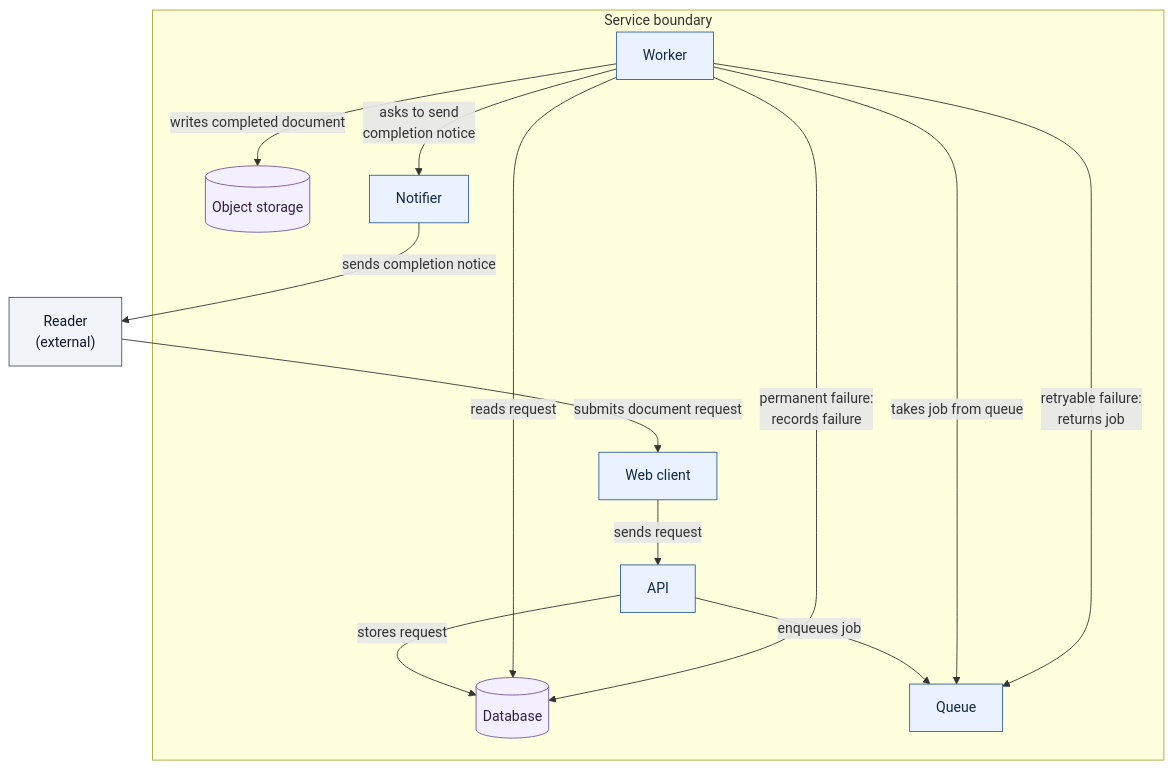
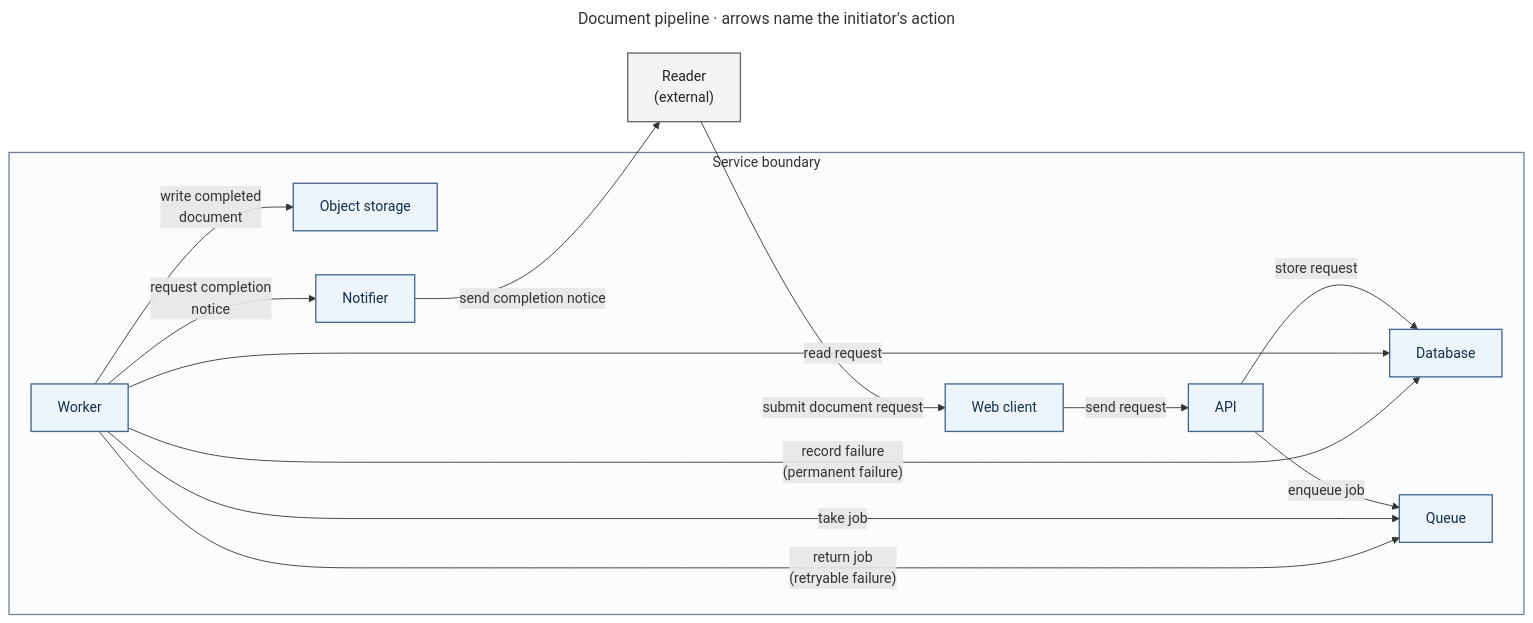
The diagram in benchmarks/examples/run02/diagram.mmd (YutaroHara1129/mermaid-design), drawn with Mermaid before and after one commit. The commit also changed 83 other files, not shown here.

```diff
--- a/benchmarks/examples/run02/diagram.mmd
+++ b/benchmarks/examples/run02/diagram.mmd
@@ -1,31 +1,33 @@
-flowchart TB
+---
+title: "Document pipeline · arrows name the initiator's action"
+---
+flowchart LR
+  %% Layout direction is presentation only; position does not encode sequence.
   reader["Reader<br/>(external)"]
-
   subgraph service["Service boundary"]
     web["Web client"]
     api["API"]
-    db[("Database")]
+    database["Database"]
     queue["Queue"]
     worker["Worker"]
-    storage[("Object storage")]
+    storage["Object storage"]
     notifier["Notifier"]
   end
 
-  reader -->|"submits document request"| web
-  web -->|"sends request"| api
-  api -->|"stores request"| db
-  api -->|"enqueues job"| queue
-  worker -->|"takes job from queue"| queue
-  worker -->|"reads request"| db
-  worker -->|"writes completed document"| storage
-  worker -->|"asks to send<br/>completion notice"| notifier
-  notifier -->|"sends completion notice"| reader
-  worker -->|"retryable failure:<br/>returns job"| queue
-  worker -->|"permanent failure:<br/>records failure"| db
+  reader -->|"submit document request"| web
+  web -->|"send request"| api
+  api -->|"store request"| database
+  api -->|"enqueue job"| queue
+  worker -->|"take job"| queue
+  worker -->|"read request"| database
+  worker -->|"write completed<br/>document"| storage
+  worker -->|"request completion<br/>notice"| notifier
+  notifier -->|"send completion notice"| reader
+  worker -->|"return job<br/>(retryable failure)"| queue
+  worker -->|"record failure<br/>(permanent failure)"| database
 
-  classDef external fill:#f1f5f9,stroke:#475569,color:#0f172a;
-  classDef component fill:#eaf2ff,stroke:#315c9b,color:#102a43;
-  classDef data fill:#f4efff,stroke:#74549e,color:#302044;
+  classDef internal fill:#edf4fc,stroke:#42678f,color:#142e4c,stroke-width:1.5px;
+  classDef external fill:#f4f4f4,stroke:#656565,color:#222222,stroke-width:1.5px;
+  class web,api,database,queue,worker,storage,notifier internal;
   class reader external;
-  class web,api,queue,worker,notifier component;
-  class db,storage data;
+  style service fill:#fbfcfe,stroke:#718398,stroke-width:1.5px;
```
